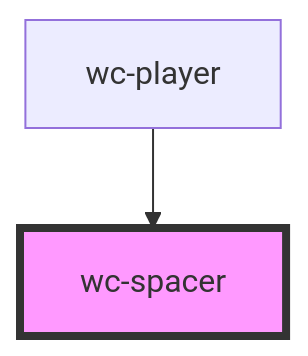
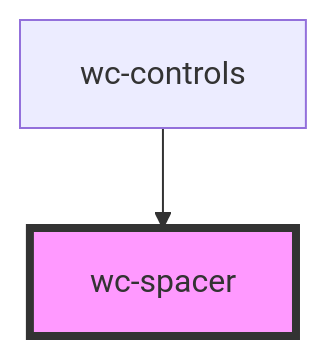
One commit to iChengbo/wcplayer changed the diagram in packages/wcplayer-components/src/components/wc-spacer/readme.md. Above: the diagram before and after it, drawn with Mermaid. The commit also changed other lines of this file and 8 other files, not shown here.

Commit message:
feat: move wc-spacer & wc-pip & wc-fullscreen into wc-controls

````diff
--- a/packages/wcplayer-components/src/components/wc-spacer/readme.md
+++ b/packages/wcplayer-components/src/components/wc-spacer/readme.md
@@ -15,5 +15,5 @@
 ```mermaid
 graph TD;
-  wc-player --> wc-spacer
+  wc-controls --> wc-spacer
   style wc-spacer fill:#f9f,stroke:#333,stroke-width:4px
 ```
````
